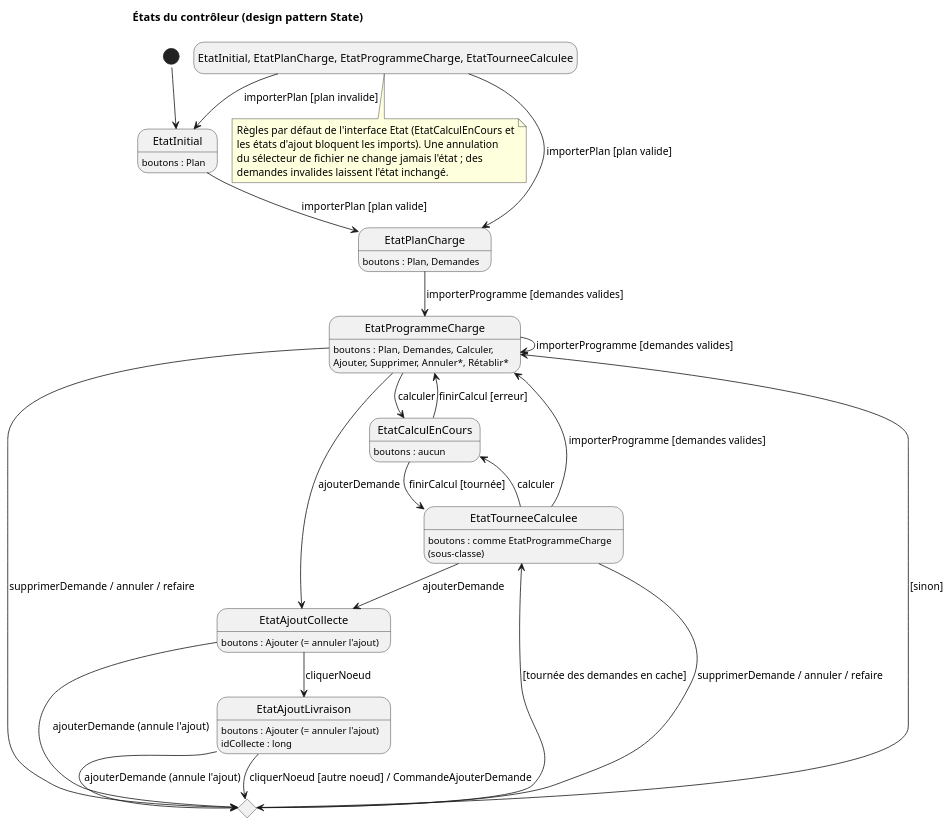
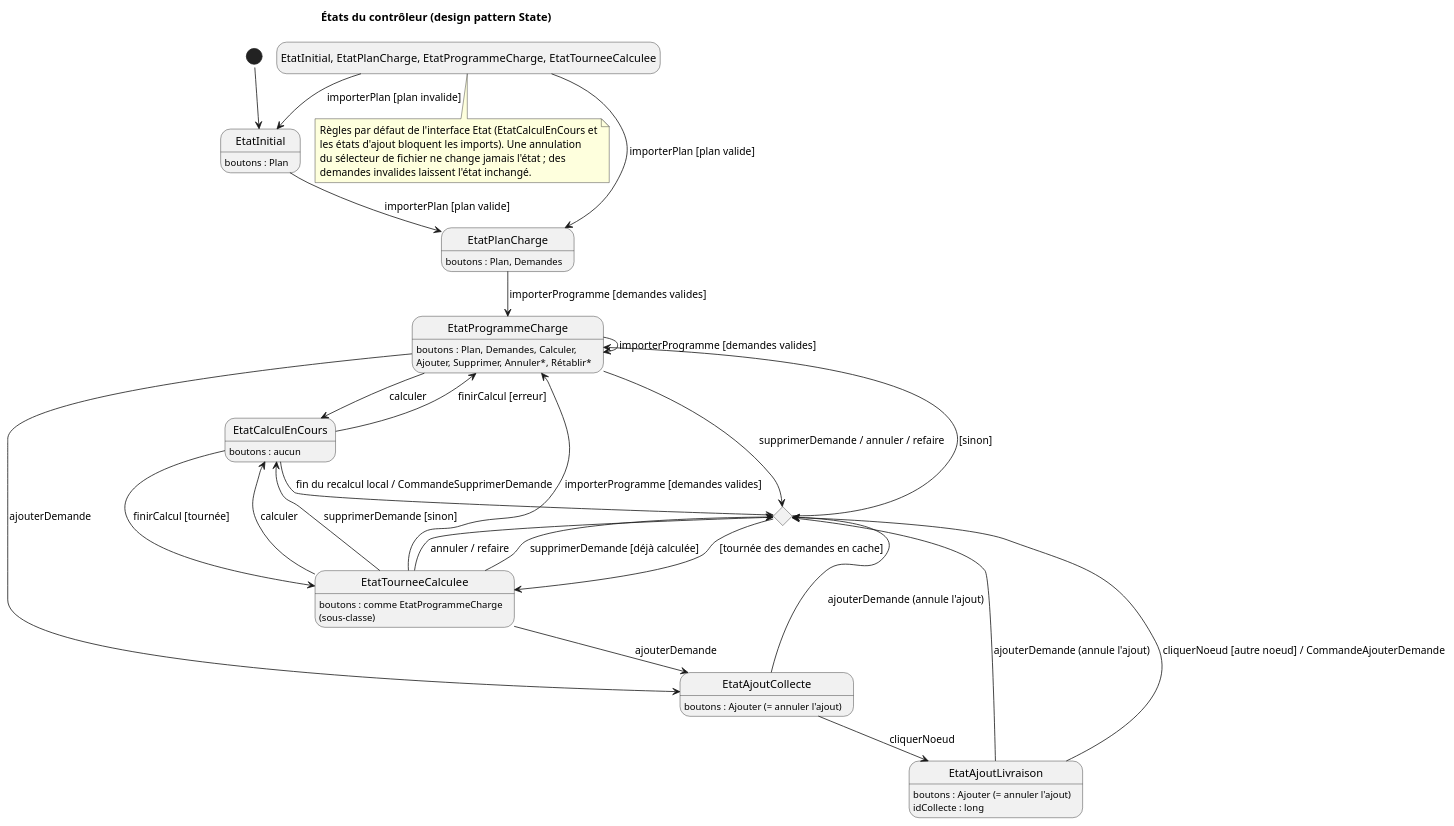
The diagram in docs/diagrams/etats-controleur.puml (tristanhp/Optimod-Lyon), drawn with PlantUML before and after one commit. The commit also changed 9 other files, not shown here.

Commit message:
fix: TIG-101 corrections de la relecture du recalcul local

```diff
--- a/docs/diagrams/etats-controleur.puml
+++ b/docs/diagrams/etats-controleur.puml
@@ -1,49 +1,52 @@
 @startuml etats-controleur
 !pragma layout smetana
 title États du contrôleur (design pattern State)
 hide empty description
 [*] --> EtatInitial
 EtatInitial : boutons : Plan
 EtatPlanCharge : boutons : Plan, Demandes
 EtatProgrammeCharge : boutons : Plan, Demandes, Calculer,
 EtatProgrammeCharge : Ajouter, Supprimer, Annuler*, Rétablir*
 EtatCalculEnCours : boutons : aucun
 EtatTourneeCalculee : boutons : comme EtatProgrammeCharge
 EtatTourneeCalculee : (sous-classe)
 EtatAjoutCollecte : boutons : Ajouter (= annuler l'ajout)
 EtatAjoutLivraison : boutons : Ajouter (= annuler l'ajout)
 EtatAjoutLivraison : idCollecte : long
 
 EtatInitial --> EtatPlanCharge : importerPlan [plan valide]
 EtatPlanCharge --> EtatProgrammeCharge : importerProgramme [demandes valides]
 EtatProgrammeCharge --> EtatCalculEnCours : calculer
 EtatCalculEnCours --> EtatTourneeCalculee : finirCalcul [tournée]
 EtatCalculEnCours --> EtatProgrammeCharge : finirCalcul [erreur]
 EtatTourneeCalculee --> EtatCalculEnCours : calculer
 EtatProgrammeCharge --> EtatProgrammeCharge : importerProgramme [demandes valides]
 EtatTourneeCalculee --> EtatProgrammeCharge : importerProgramme [demandes valides]
 
 state "Choix de l'état selon le cache" as cache <<choice>>
 EtatProgrammeCharge --> cache : supprimerDemande / annuler / refaire
-EtatTourneeCalculee --> cache : supprimerDemande / annuler / refaire
+EtatTourneeCalculee --> cache : annuler / refaire
+EtatTourneeCalculee --> cache : supprimerDemande [déjà calculée]
+EtatTourneeCalculee --> EtatCalculEnCours : supprimerDemande [sinon]
+EtatCalculEnCours --> cache : fin du recalcul local / CommandeSupprimerDemande
 cache --> EtatTourneeCalculee : [tournée des demandes en cache]
 cache --> EtatProgrammeCharge : [sinon]
 
 EtatProgrammeCharge --> EtatAjoutCollecte : ajouterDemande
 EtatTourneeCalculee --> EtatAjoutCollecte : ajouterDemande
 EtatAjoutCollecte --> EtatAjoutLivraison : cliquerNoeud
 EtatAjoutLivraison --> cache : cliquerNoeud [autre noeud] / CommandeAjouterDemande
 EtatAjoutCollecte --> cache : ajouterDemande (annule l'ajout)
 EtatAjoutLivraison --> cache : ajouterDemande (annule l'ajout)
 
 state "EtatInitial, EtatPlanCharge, EtatProgrammeCharge, EtatTourneeCalculee" as tous
 tous --> EtatPlanCharge : importerPlan [plan valide]
 tous --> EtatInitial : importerPlan [plan invalide]
 
 note bottom of tous
 Règles par défaut de l'interface Etat (EtatCalculEnCours et
 les états d'ajout bloquent les imports). Une annulation
 du sélecteur de fichier ne change jamais l'état ; des
 demandes invalides laissent l'état inchangé.
 end note
 @enduml
```
